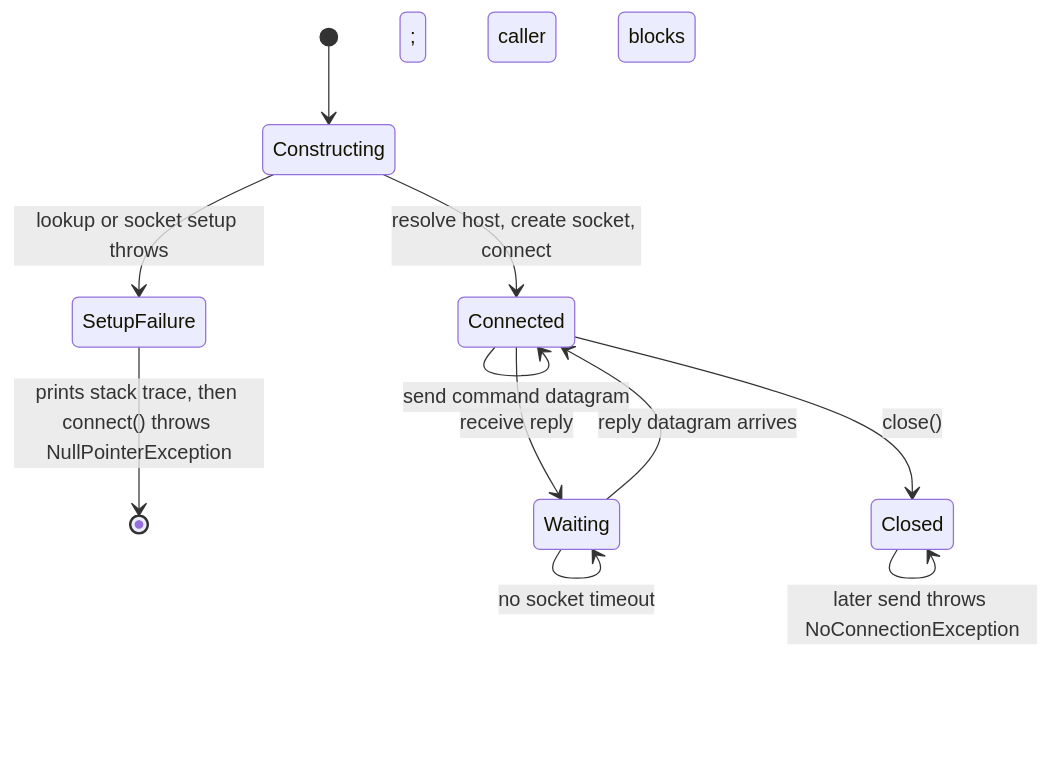
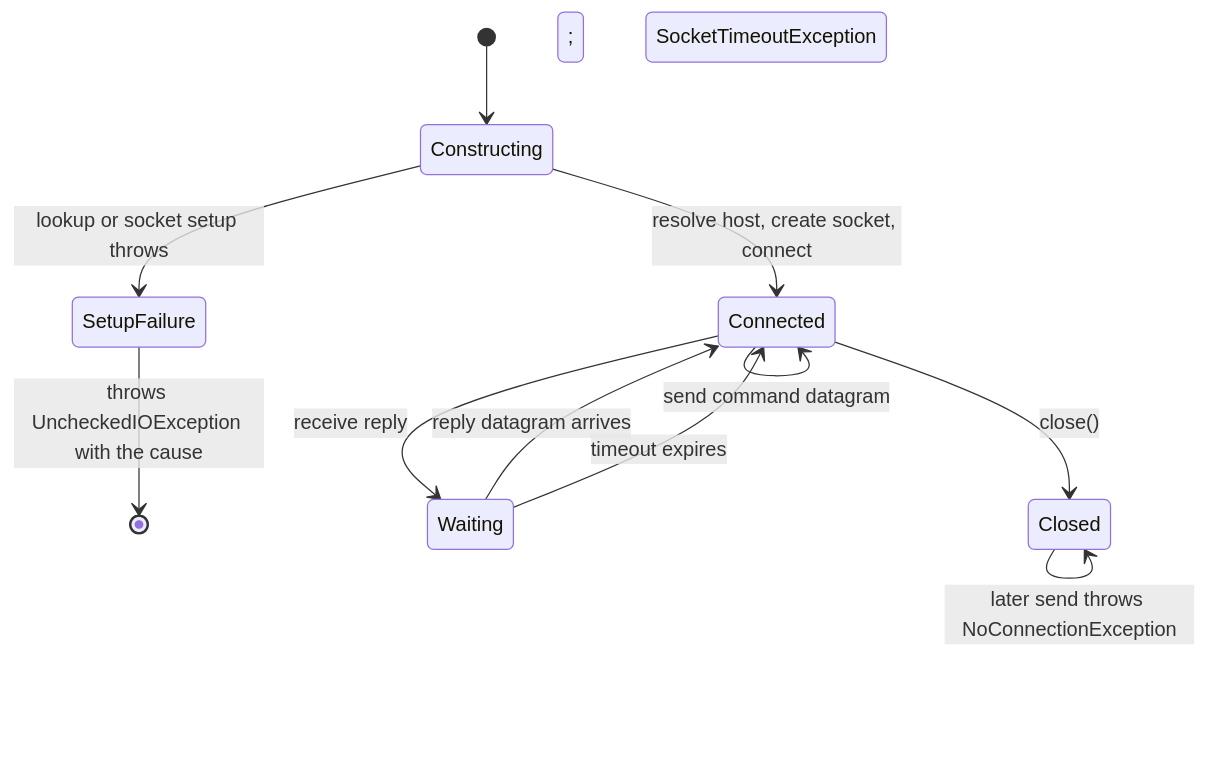
Before and after one commit to Bissbert/Tello4J: the first of 2 diagrams in docs/connection.md, drawn with Mermaid. The commit also changed other lines of this file and 7 other files, not shown here.

````diff
--- a/docs/connection.md
+++ b/docs/connection.md
@@ -13,13 +13,13 @@
 ```mermaid
 stateDiagram-v2
     [*] --> Constructing
     Constructing --> Connected: resolve host, create socket, connect
     Constructing --> SetupFailure: lookup or socket setup throws
-    SetupFailure --> [*]: prints stack trace, then connect() throws NullPointerException
+    SetupFailure --> [*]: throws UncheckedIOException with the cause
     Connected --> Connected: send command datagram
     Connected --> Waiting: receive reply
     Waiting --> Connected: reply datagram arrives
-    Waiting --> Waiting: no socket timeout; caller blocks
+    Waiting --> Connected: timeout expires; SocketTimeoutException
     Connected --> Closed: close()
     Closed --> Closed: later send throws NoConnectionException
 ```
````
